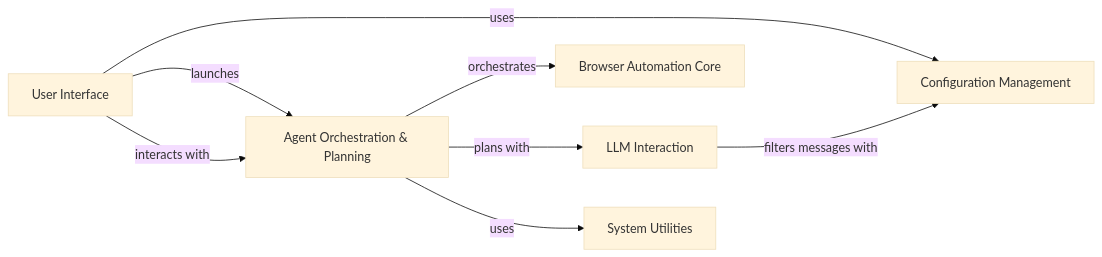
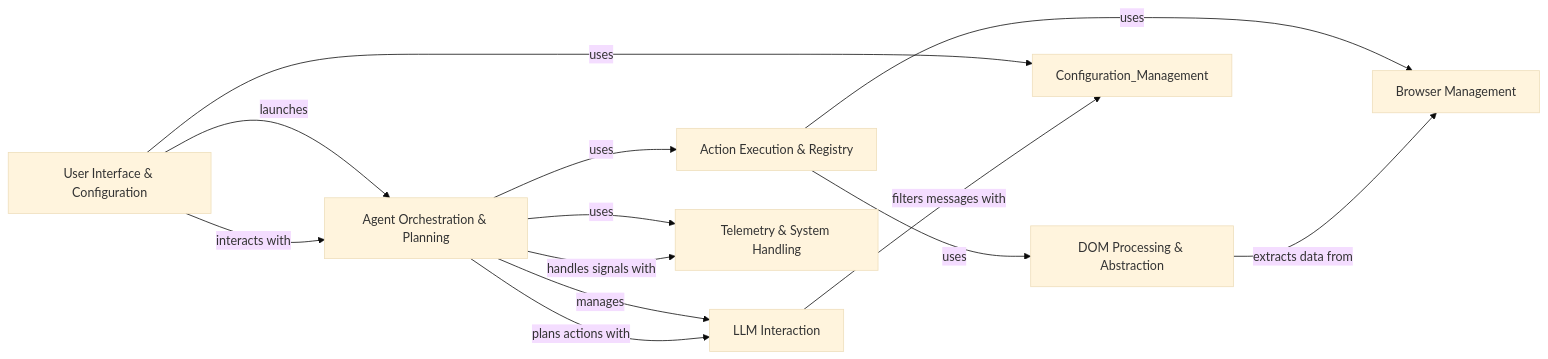
The diagram in browser-use/on_boarding.md (CodeBoarding/GeneratedOnBoardings), drawn with Mermaid (base theme) before and after one commit. The commit also changed other lines of this file and 11 other files, not shown here.

````diff
--- a/browser-use/on_boarding.md
+++ b/browser-use/on_boarding.md
@@ -1,22 +1,29 @@
 ```mermaid
 graph LR
-    User_Interface["User Interface"]
-    Configuration_Management["Configuration Management"]
-    Browser_Automation_Core["Browser Automation Core"]
+    User_Interface_Configuration["User Interface & Configuration"]
+    Browser_Management["Browser Management"]
+    DOM_Processing_Abstraction["DOM Processing & Abstraction"]
     Agent_Orchestration_Planning["Agent Orchestration & Planning"]
+    Action_Execution_Registry["Action Execution & Registry"]
     LLM_Interaction["LLM Interaction"]
-    System_Utilities["System Utilities"]
-    User_Interface -- "uses" --> Configuration_Management
-    User_Interface -- "launches" --> Agent_Orchestration_Planning
-    User_Interface -- "interacts with" --> Agent_Orchestration_Planning
-    Agent_Orchestration_Planning -- "orchestrates" --> Browser_Automation_Core
-    Agent_Orchestration_Planning -- "plans with" --> LLM_Interaction
-    Agent_Orchestration_Planning -- "uses" --> System_Utilities
+    Telemetry_System_Handling["Telemetry & System Handling"]
+    User_Interface_Configuration -- "uses" --> Configuration_Management
+    User_Interface_Configuration -- "launches" --> Agent_Orchestration_Planning
+    User_Interface_Configuration -- "interacts with" --> Agent_Orchestration_Planning
+    Agent_Orchestration_Planning -- "manages" --> LLM_Interaction
+    Agent_Orchestration_Planning -- "uses" --> Action_Execution_Registry
+    Action_Execution_Registry -- "uses" --> Browser_Management
+    Action_Execution_Registry -- "uses" --> DOM_Processing_Abstraction
+    DOM_Processing_Abstraction -- "extracts data from" --> Browser_Management
+    Agent_Orchestration_Planning -- "uses" --> Telemetry_System_Handling
     LLM_Interaction -- "filters messages with" --> Configuration_Management
-    click User_Interface href "https://github.com/CodeBoarding/GeneratedOnBoardings/blob/main/browser-use/User Interface.md" "Details"
-    click Configuration_Management href "https://github.com/CodeBoarding/GeneratedOnBoardings/blob/main/browser-use/Configuration Management.md" "Details"
-    click Browser_Automation_Core href "https://github.com/CodeBoarding/GeneratedOnBoardings/blob/main/browser-use/Browser Automation Core.md" "Details"
+    Agent_Orchestration_Planning -- "handles signals with" --> Telemetry_System_Handling
+    Agent_Orchestration_Planning -- "plans actions with" --> LLM_Interaction
+    click User_Interface_Configuration href "https://github.com/CodeBoarding/GeneratedOnBoardings/blob/main/browser-use/User Interface & Configuration.md" "Details"
+    click Browser_Management href "https://github.com/CodeBoarding/GeneratedOnBoardings/blob/main/browser-use/Browser Management.md" "Details"
+    click DOM_Processing_Abstraction href "https://github.com/CodeBoarding/GeneratedOnBoardings/blob/main/browser-use/DOM Processing & Abstraction.md" "Details"
     click Agent_Orchestration_Planning href "https://github.com/CodeBoarding/GeneratedOnBoardings/blob/main/browser-use/Agent Orchestration & Planning.md" "Details"
+    click Action_Execution_Registry href "https://github.com/CodeBoarding/GeneratedOnBoardings/blob/main/browser-use/Action Execution & Registry.md" "Details"
     click LLM_Interaction href "https://github.com/CodeBoarding/GeneratedOnBoardings/blob/main/browser-use/LLM Interaction.md" "Details"
-    click System_Utilities href "https://github.com/CodeBoarding/GeneratedOnBoardings/blob/main/browser-use/System Utilities.md" "Details"
+    click Telemetry_System_Handling href "https://github.com/CodeBoarding/GeneratedOnBoardings/blob/main/browser-use/Telemetry & System Handling.md" "Details"
 ```
````
